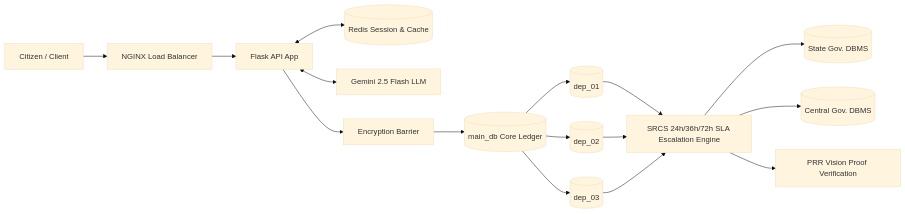
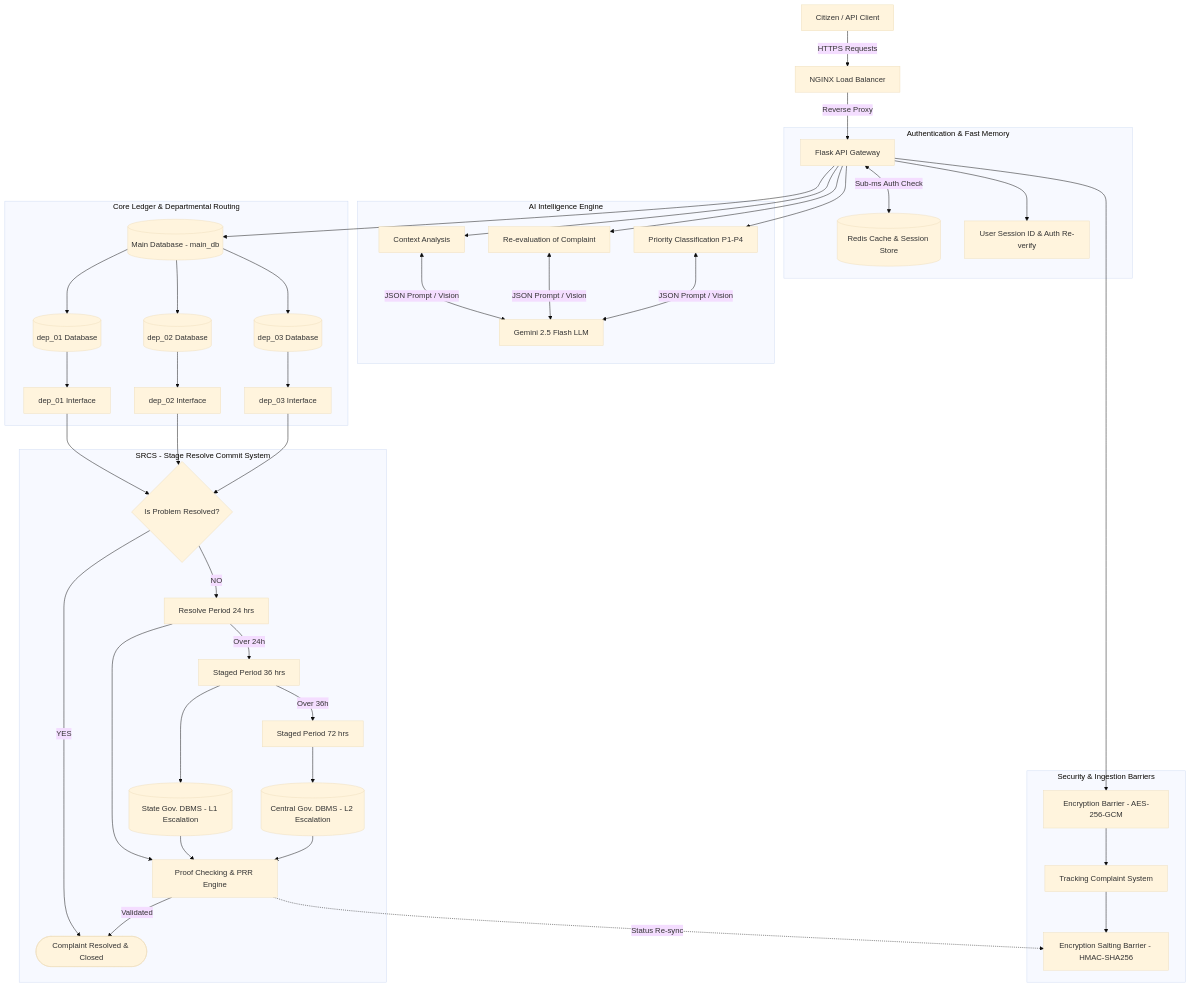
One commit to CSMU-CodeSync/SIH_02- changed the diagram in docs/README.md. Above: the diagram before and after it, drawn with Mermaid (base theme). The commit also changed other lines of this file and 10 other files, not shown here.

Commit message:
Update all markdown files with complete architecture diagrams and component references

````diff
--- a/docs/README.md
+++ b/docs/README.md
@@ -27,12 +11,45 @@
 ```mermaid
-flowchart LR
- Client[Citizen / Client] --> NGINX[NGINX Load Balancer]
- NGINX --> Flask[Flask API App]
- Flask <--> Redis[(Redis Session & Cache)]
- Flask <--> Gemini[Gemini 2.5 Flash LLM]
- Flask --> EncB[Encryption Barrier]
- EncB --> MainDB[(main_db Core Ledger)]
- MainDB --> Dep1[(dep_01)] & Dep2[(dep_02)] & Dep3[(dep_03)]
- Dep1 & Dep2 & Dep3 --> SRCS[SRCS 24h/36h/72h SLA Escalation Engine]
- SRCS --> StateDB[(State Gov. DBMS)] & CentralDB[(Central Gov. DBMS)] & PRR[PRR Vision Proof Verification]
+flowchart TD
+    Client[Citizen / API Client] -->|HTTPS Requests| NGINX[NGINX Load Balancer]
+    NGINX -->|Reverse Proxy| Flask[Flask API Gateway]
+    
+    subgraph Authentication & Fast Memory
+        Flask <-->|Sub-ms Auth Check| Redis[(Redis Cache & Session Store)]
+        Flask --> Auth[User Session ID & Auth Re-verify]
+    end
+
+    subgraph Security & Ingestion Barriers
+        Flask --> EncBarrier[Encryption Barrier - AES-256-GCM]
+        EncBarrier --> Tracking[Tracking Complaint System]
+        Tracking --> SaltBarrier[Encryption Salting Barrier - HMAC-SHA256]
+    end
+
+    subgraph AI Intelligence Engine
+        Flask --> CtxAnalysis[Context Analysis]
+        Flask --> ReEval[Re-evaluation of Complaint]
+        Flask --> Priority[Priority Classification P1-P4]
+        CtxAnalysis & ReEval & Priority <-->|JSON Prompt / Vision| Gemini[Gemini 2.5 Flash LLM]
+    end
+
+    subgraph Core Ledger & Departmental Routing
+        Flask --> MainDB[(Main Database - main_db)]
+        MainDB --> Dep1[(dep_01 Database)]
+        MainDB --> Dep2[(dep_02 Database)]
+        MainDB --> Dep3[(dep_03 Database)]
+        Dep1 --> Int1[dep_01 Interface]
+        Dep2 --> Int2[dep_02 Interface]
+        Dep3 --> Int3[dep_03 Interface]
+    end
+
+    subgraph SRCS - Stage Resolve Commit System
+        Int1 & Int2 & Int3 --> ResCheck{Is Problem Resolved?}
+        ResCheck -- YES --> Resolved([Complaint Resolved & Closed])
+        ResCheck -- NO --> SLA24[Resolve Period 24 hrs]
+        SLA24 -- Over 24h --> SLA36[Staged Period 36 hrs] --> StateDB[(State Gov. DBMS - L1 Escalation)]
+        SLA36 -- Over 36h --> SLA72[Staged Period 72 hrs] --> CentralDB[(Central Gov. DBMS - L2 Escalation)]
+        
+        SLA24 & StateDB & CentralDB --> PRR[Proof Checking & PRR Engine]
+        PRR -- Validated --> Resolved
+        PRR -. Status Re-sync .-> SaltBarrier
+    end
 ```
````
